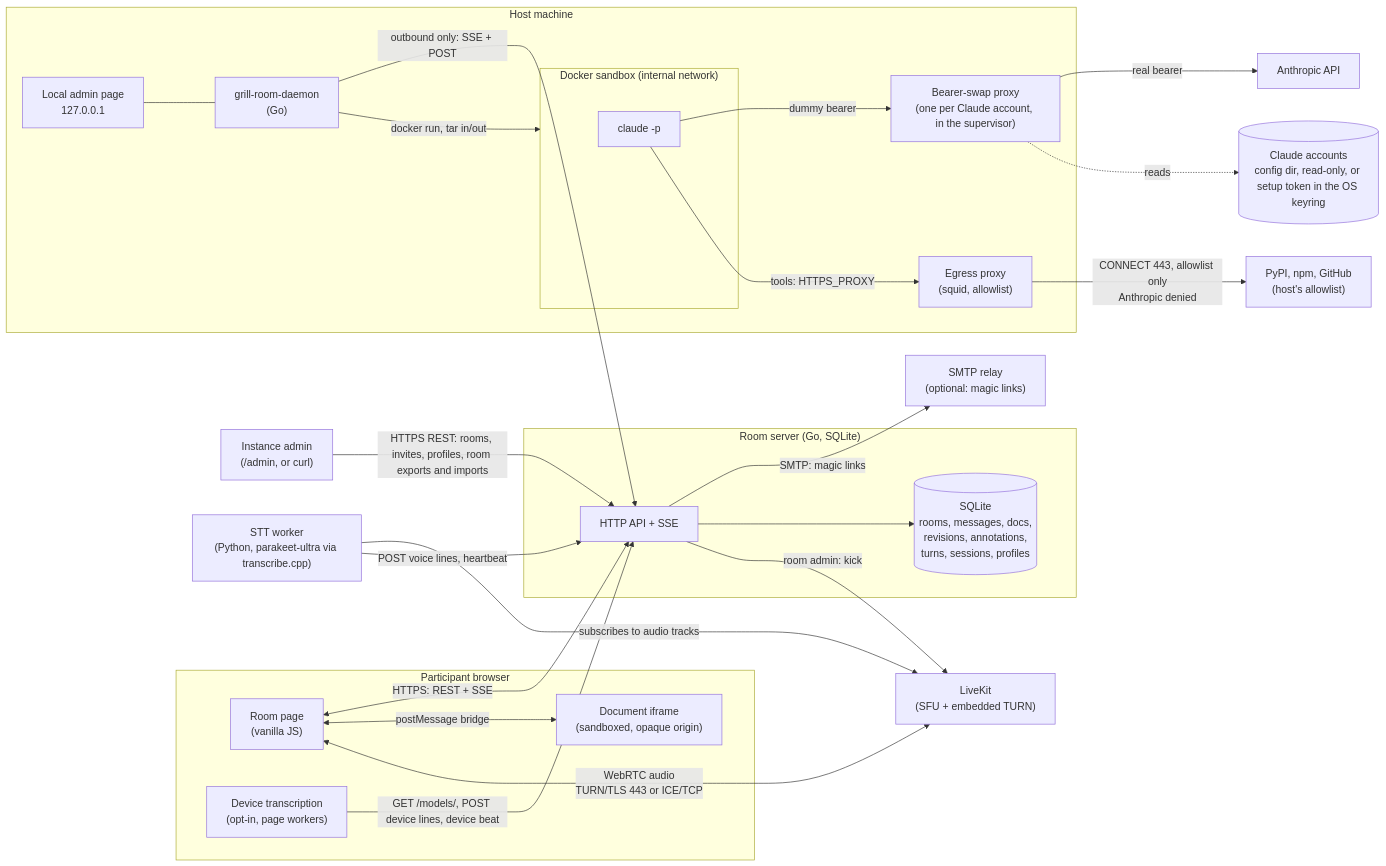
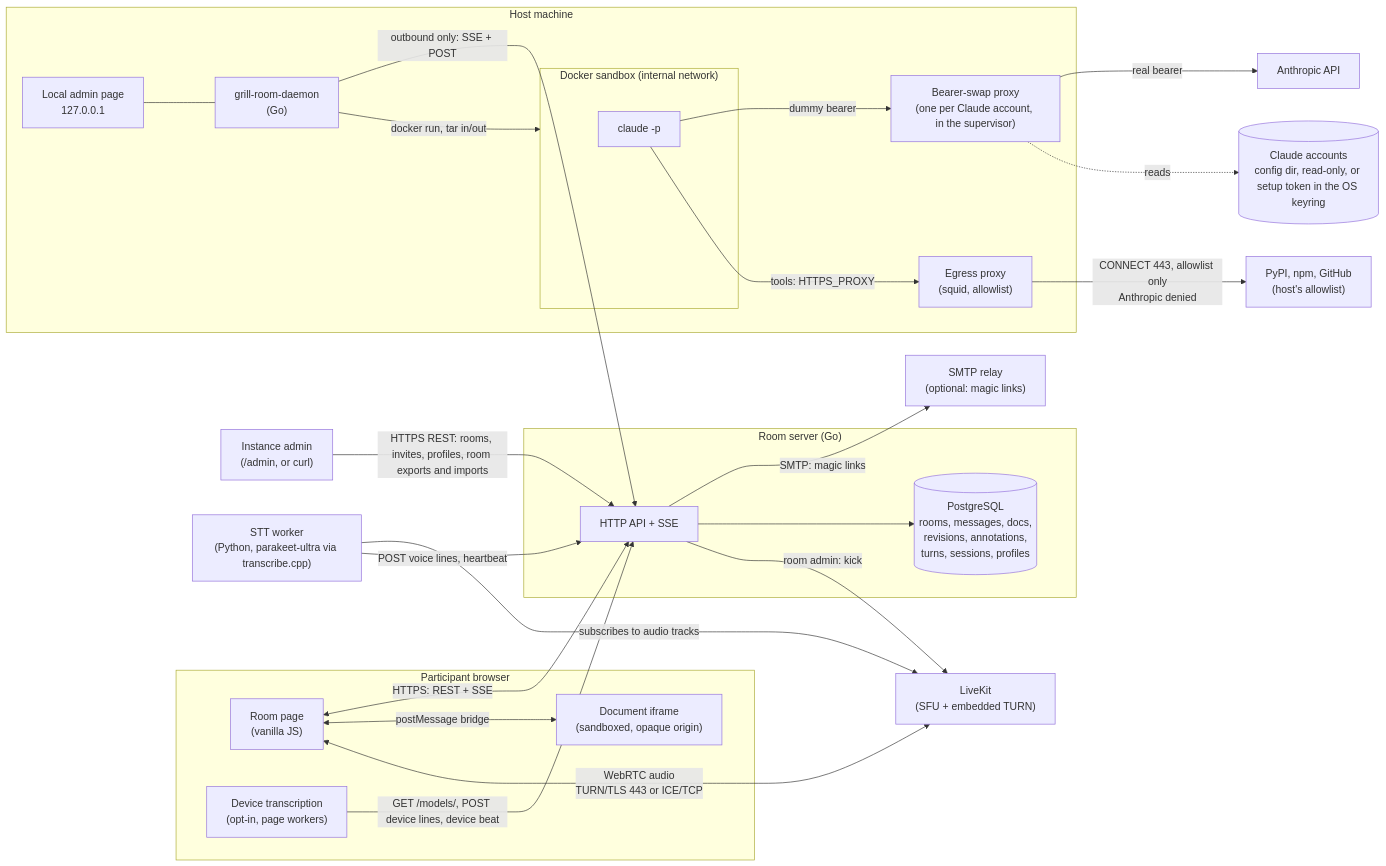
The diagram in docs/architecture.md (babs/grill-room), drawn with Mermaid before and after one commit. The commit also changed other lines of this file and 114 other files, not shown here.

First line of the commit message:
feat(store): run the room server on PostgreSQL

````diff
--- a/docs/architecture.md
+++ b/docs/architecture.md
@@ -5,50 +5,50 @@
 ```mermaid
 flowchart LR
   subgraph Browser["Participant browser"]
     UI["Room page<br/>(vanilla JS)"]
     Frame["Document iframe<br/>(sandboxed, opaque origin)"]
     DevSTT["Device transcription<br/>(opt-in, page workers)"]
   end
 
-  subgraph Server["Room server (Go, SQLite)"]
+  subgraph Server["Room server (Go)"]
     API["HTTP API + SSE"]
-    Store[("SQLite<br/>rooms, messages, docs,<br/>revisions, annotations,<br/>turns, sessions, profiles")]
+    Store[("PostgreSQL<br/>rooms, messages, docs,<br/>revisions, annotations,<br/>turns, sessions, profiles")]
   end
 
   AdminC["Instance admin<br/>(/admin, or curl)"]
   SMTP["SMTP relay<br/>(optional: magic links)"]
   LK["LiveKit<br/>(SFU + embedded TURN)"]
   STT["STT worker<br/>(Python, parakeet-ultra via transcribe.cpp)"]
 
   subgraph Host["Host machine"]
     Daemon["grill-room-daemon<br/>(Go)"]
     Admin["Local admin page<br/>127.0.0.1"]
     Proxy["Bearer-swap proxy<br/>(one per Claude account, in the supervisor)"]
     subgraph Sandbox["Docker sandbox (internal network)"]
       Claude["claude -p"]
     end
     Squid["Egress proxy<br/>(squid, allowlist)"]
   end
 
   Anthropic["Anthropic API"]
   Creds[("Claude accounts<br/>config dir, read-only, or setup token in the OS keyring")]
 
   UI <-->|"HTTPS: REST + SSE"| API
   AdminC -->|"HTTPS REST: rooms, invites, profiles, room exports and imports"| API
   API -->|"SMTP: magic links"| SMTP
   UI <-->|"postMessage bridge"| Frame
   UI <-->|"WebRTC audio<br/>TURN/TLS 443 or ICE/TCP"| LK
   STT -->|"subscribes to audio tracks"| LK
   STT -->|"POST voice lines, heartbeat"| API
   DevSTT -->|"GET /models/, POST device lines, device beat"| API
   API --> Store
   API -->|"room admin: kick"| LK
   Daemon -->|"outbound only: SSE + POST"| API
   Admin --- Daemon
   Daemon -->|"docker run, tar in/out"| Sandbox
   Claude -->|"dummy bearer"| Proxy
   Proxy -->|"real bearer"| Anthropic
   Claude -->|"tools: HTTPS_PROXY"| Squid
   Squid -->|"CONNECT 443, allowlist only<br/>Anthropic denied"| Internet["PyPI, npm, GitHub<br/>(host's allowlist)"]
   Proxy -.->|"reads"| Creds
 ```
````
